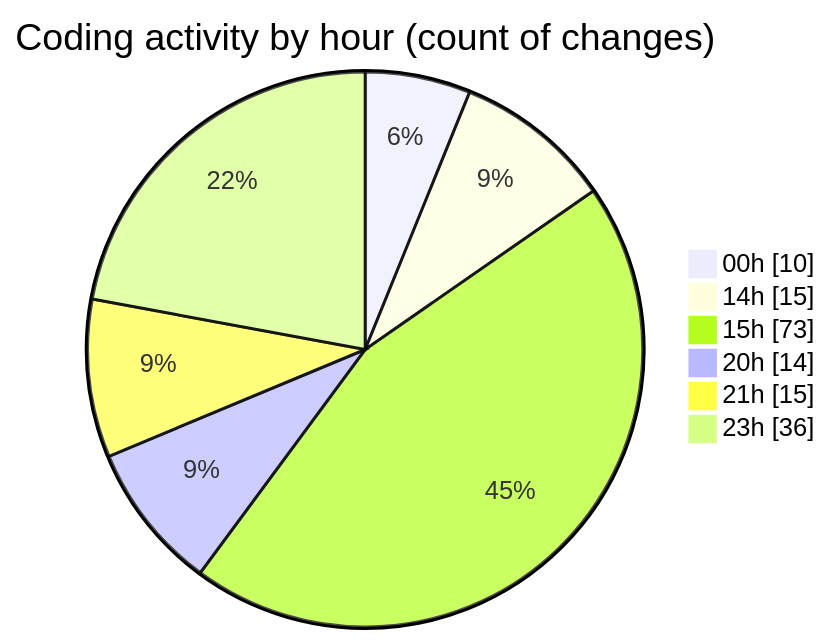
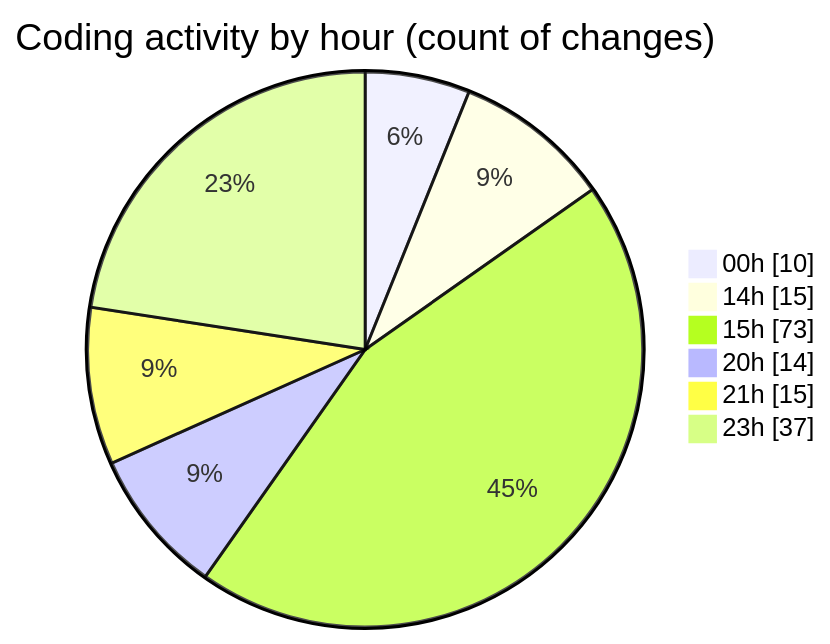
One commit to Netris89/code-tracking changed the second of 2 diagrams in 2025-04-07/echo/README.md. Above: the diagram before and after it, drawn with Mermaid. The commit also changed other lines of this file and 1 other file, not shown here.

````diff
--- a/2025-04-07/echo/README.md
+++ b/2025-04-07/echo/README.md
@@ -41,10 +41,10 @@
 ```mermaid
 pie showData
 title Coding activity by hour (count of changes)
 "00h" : 10
 "14h" : 15
 "15h" : 73
 "20h" : 14
 "21h" : 15
-"23h" : 36
+"23h" : 37
 ```
````
